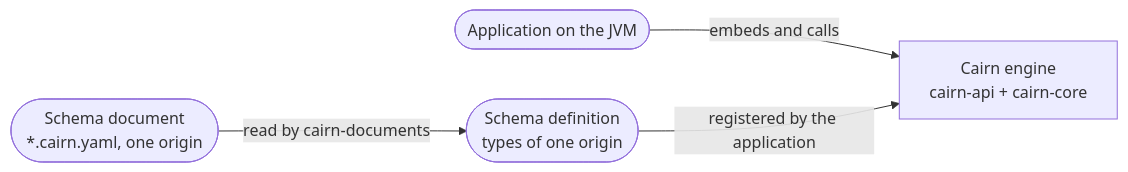
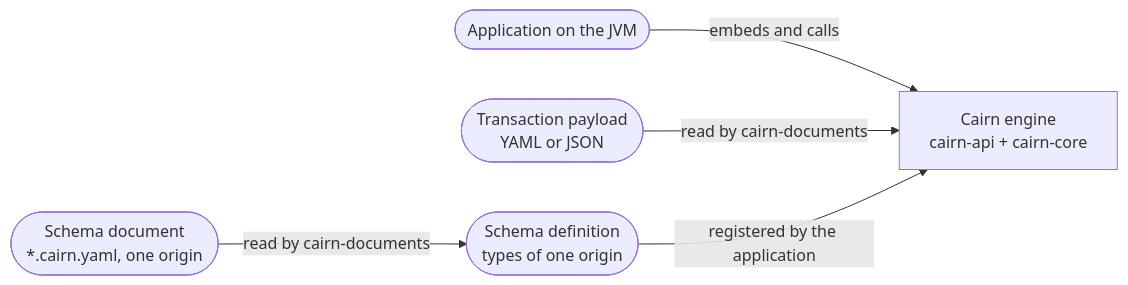
Before and after one commit to enricoag1982/Cairn: the first of 3 diagrams in docs/architecture/README.md, drawn with Mermaid. The commit also changed other lines of this file and 6 other files, not shown here.

````diff
--- a/docs/architecture/README.md
+++ b/docs/architecture/README.md
@@ -33,6 +33,7 @@
 ```mermaid
 flowchart LR
     app([Application on the JVM]) -->|embeds and calls| cairn[Cairn engine<br/>cairn-api + cairn-core]
     doc([Schema document<br/>*.cairn.yaml, one origin]) -->|read by cairn-documents| model([Schema definition<br/>types of one origin])
+    payload([Transaction payload<br/>YAML or JSON]) -->|read by cairn-documents| cairn
     model -->|registered by the application| cairn
 ```
````
